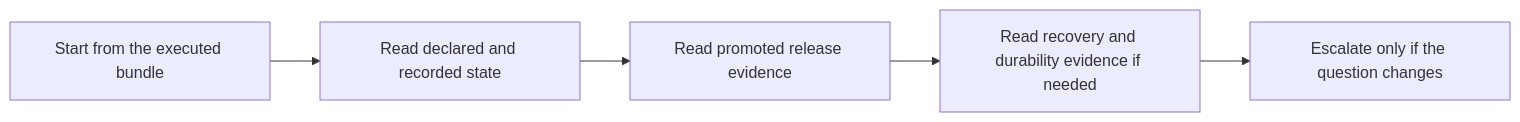
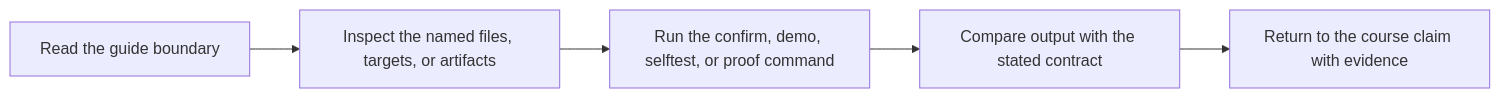
One commit to bijux/bijux-masterclass changed the second of 2 diagrams in programs/reproducible-research/deep-dive-dvc/capstone/docs/tour.md. Above: the diagram before and after it, drawn with Mermaid. The commit also changed other lines of this file and 90 other files, not shown here.

Commit message:
docs(deep-dive-dvc): map publication and recovery review surfaces

````diff
--- a/programs/reproducible-research/deep-dive-dvc/capstone/docs/tour.md
+++ b/programs/reproducible-research/deep-dive-dvc/capstone/docs/tour.md
@@ -19,7 +19,7 @@
 ```mermaid
 flowchart LR
-  orient["Start from the executed bundle"] --> declaration["Read declared and recorded state"]
-  declaration --> release["Read promoted release evidence"]
-  release --> recovery["Read recovery and durability evidence if needed"]
-  recovery --> next["Escalate only if the question changes"]
+  orient["Read the guide boundary"] --> inspect["Inspect the named files, targets, or artifacts"]
+  inspect --> run["Run the confirm, demo, selftest, or proof command"]
+  run --> compare["Compare output with the stated contract"]
+  compare --> review["Return to the course claim with evidence"]
 ```
````
